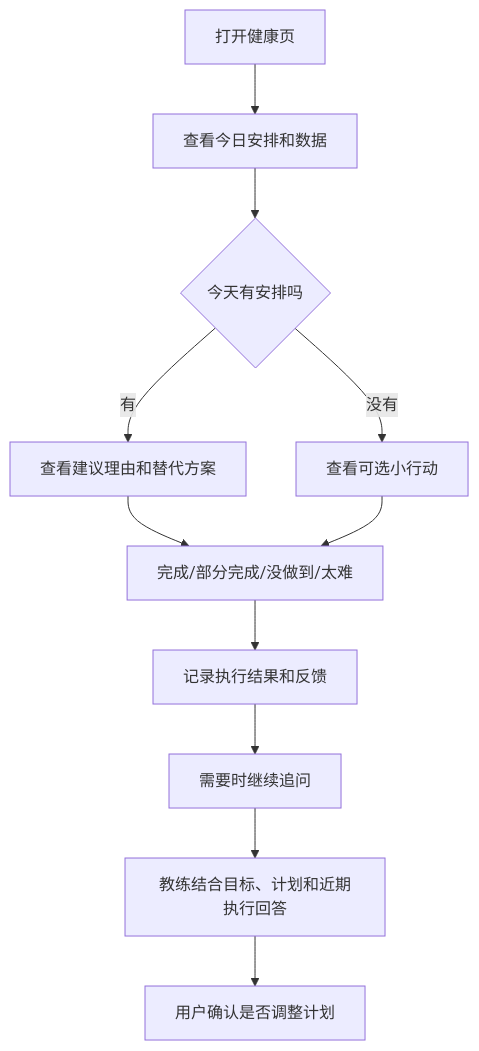
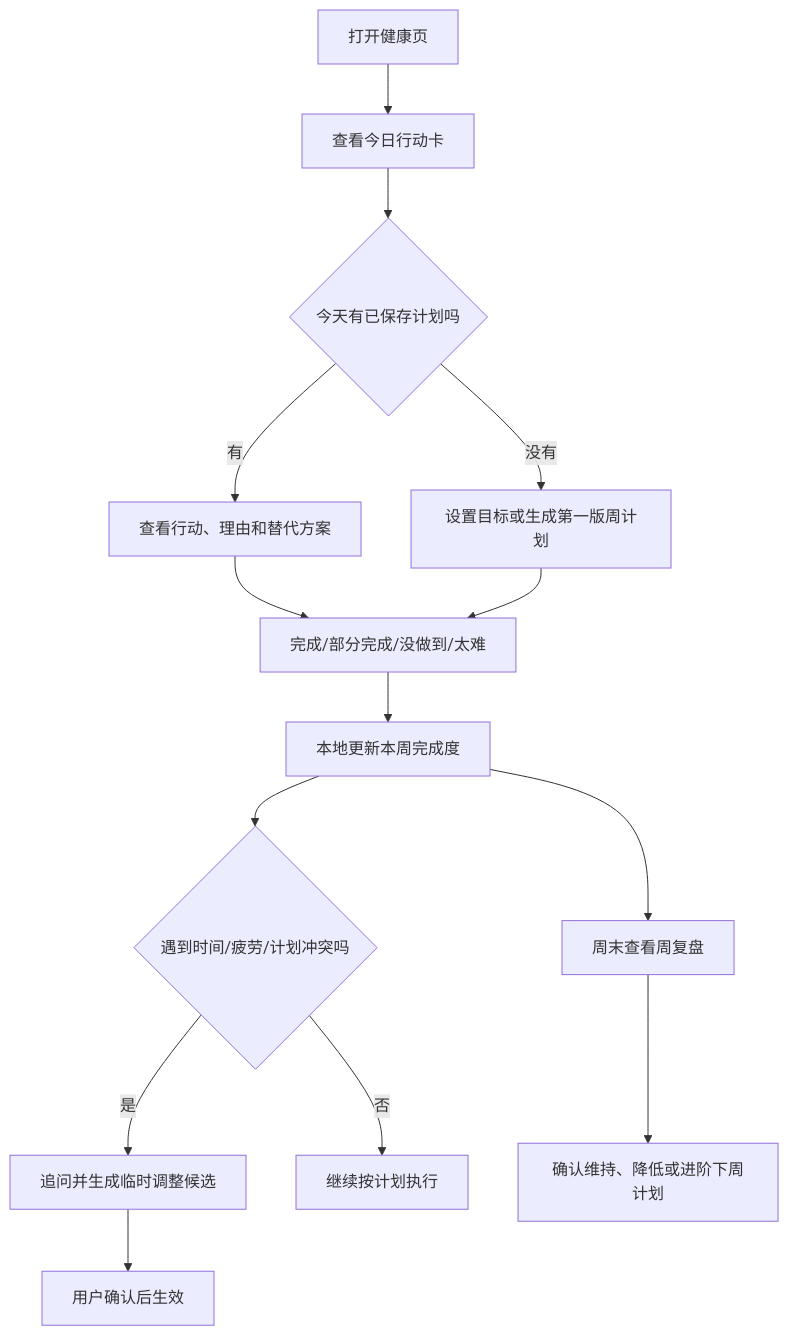
Before and after one commit to rccoder/ScaleMate: the diagram in docs/14-称伴健康教练目标计划追问与记忆产品需求文档.md, drawn with Mermaid. The commit also changed other lines of this file and 7 other files, not shown here.

````diff
--- a/docs/14-称伴健康教练目标计划追问与记忆产品需求文档.md
+++ b/docs/14-称伴健康教练目标计划追问与记忆产品需求文档.md
@@ -131,13 +175,16 @@
 ```mermaid
 flowchart TD
-    A[打开健康页] --> B[查看今日安排和数据]
-    B --> C{今天有安排吗}
-    C -- 有 --> D[查看建议理由和替代方案]
-    C -- 没有 --> E[查看可选小行动]
+    A[打开健康页] --> B[查看今日行动卡]
+    B --> C{今天有已保存计划吗}
+    C -- 有 --> D[查看行动、理由和替代方案]
+    C -- 没有 --> E[设置目标或生成第一版周计划]
     D --> F[完成/部分完成/没做到/太难]
     E --> F
-    F --> G[记录执行结果和反馈]
-    G --> H[需要时继续追问]
-    H --> I[教练结合目标、计划和近期执行回答]
-    I --> J[用户确认是否调整计划]
+    F --> G[本地更新本周完成度]
+    G --> H{遇到时间/疲劳/计划冲突吗}
+    H -- 是 --> I[追问并生成临时调整候选]
+    I --> J[用户确认后生效]
+    H -- 否 --> K[继续按计划执行]
+    G --> L[周末查看周复盘]
+    L --> M[确认维持、降低或进阶下周计划]
 ```
````
